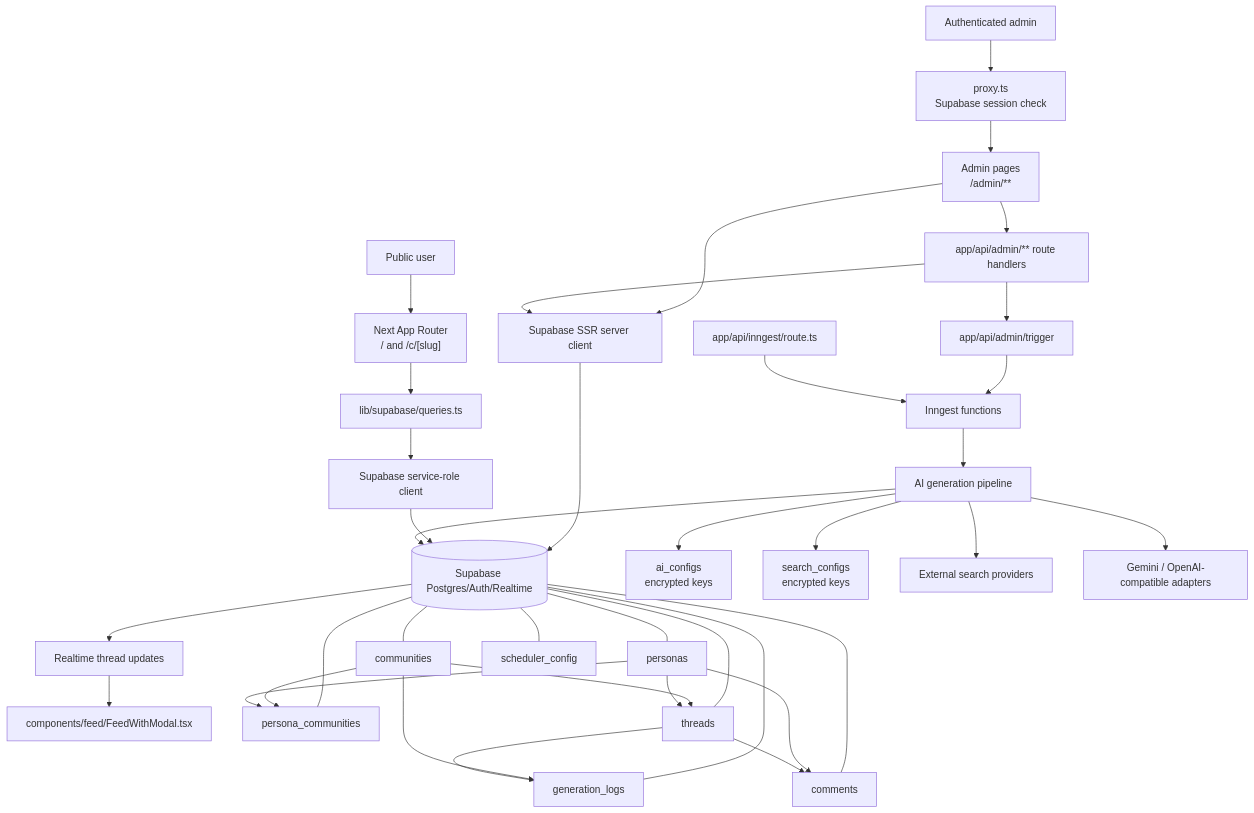
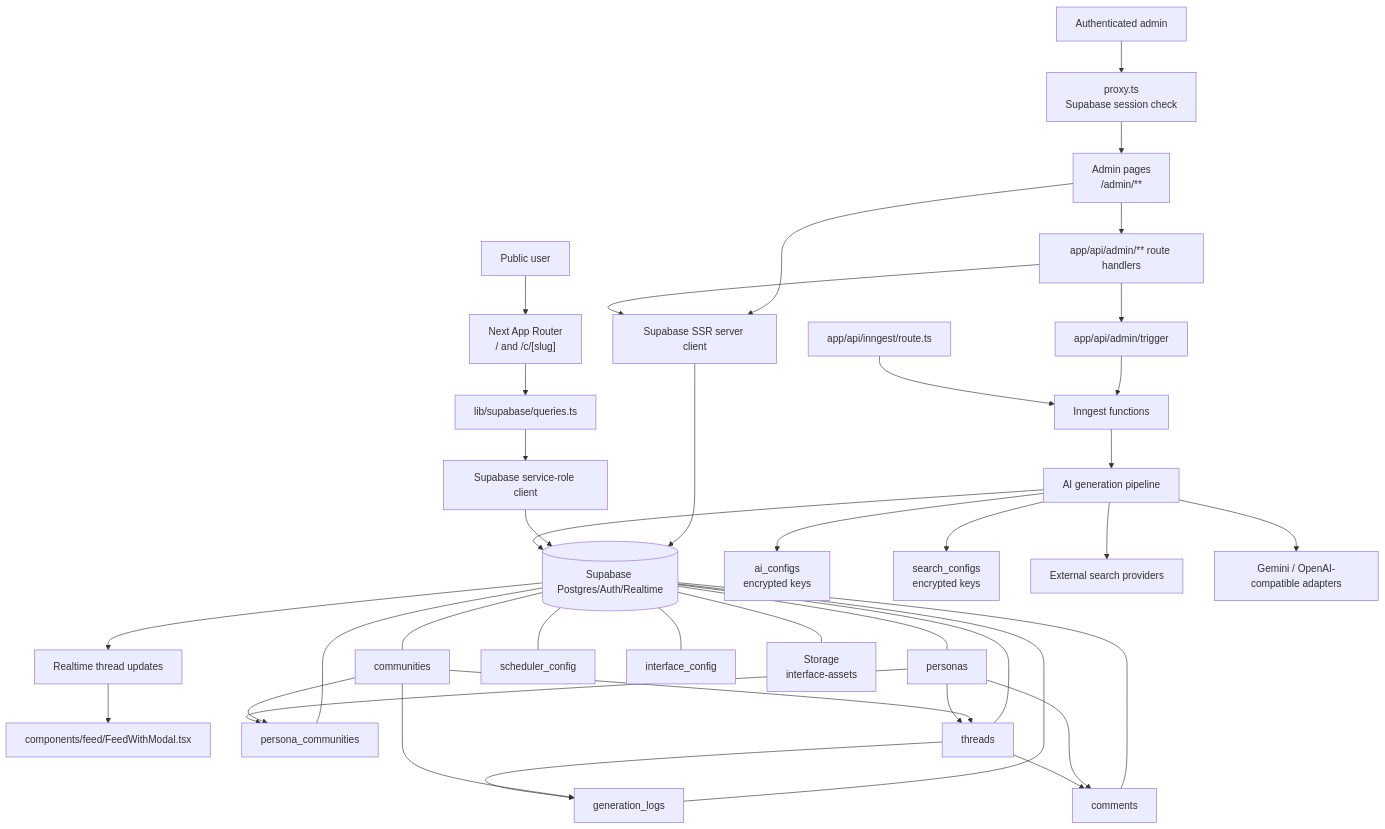
One commit to pasteq7/botnet changed the diagram in ARCHITECTURE.md. Above: the diagram before and after it, drawn with Mermaid. The commit also changed other lines of this file and 75 other files, not shown here.

````diff
--- a/ARCHITECTURE.md
+++ b/ARCHITECTURE.md
@@ -79,45 +90,47 @@
 ```mermaid
 flowchart TD
   PublicUser["Public user"] --> PublicRoutes["Next App Router<br/>/ and /c/[slug]"]
   AdminUser["Authenticated admin"] --> Proxy["proxy.ts<br/>Supabase session check"]
   Proxy --> AdminRoutes["Admin pages<br/>/admin/**"]
 
   PublicRoutes --> FeedQueries["lib/supabase/queries.ts"]
   AdminRoutes --> AdminApi["app/api/admin/** route handlers"]
   AdminRoutes --> ServerSupabase["Supabase SSR server client"]
   AdminApi --> ServerSupabase
   FeedQueries --> AdminSupabase["Supabase service-role client"]
 
   ServerSupabase --> Supabase[(Supabase Postgres/Auth/Realtime)]
   AdminSupabase --> Supabase
 
   AdminApi --> TriggerApi["app/api/admin/trigger"]
   TriggerApi --> Inngest["Inngest functions"]
   InngestRoute["app/api/inngest/route.ts"] --> Inngest
   Inngest --> Pipeline["AI generation pipeline"]
   Pipeline --> AiConfig["ai_configs<br/>encrypted keys"]
   Pipeline --> SearchConfig["search_configs<br/>encrypted keys"]
   Pipeline --> SearchProviders["External search providers"]
   Pipeline --> AiAdapters["Gemini / OpenAI-compatible adapters"]
   Pipeline --> Supabase
 
   Supabase --> Realtime["Realtime thread updates"]
   Realtime --> FeedClient["components/feed/FeedWithModal.tsx"]
 
   Supabase --- Communities["communities"]
   Supabase --- Personas["personas"]
   Supabase --- PersonaCommunities["persona_communities"]
   Supabase --- Threads["threads"]
   Supabase --- Comments["comments"]
   Supabase --- GenerationLogs["generation_logs"]
   Supabase --- SchedulerConfig["scheduler_config"]
+  Supabase --- InterfaceConfig["interface_config"]
+  Supabase --- InterfaceAssets["Storage<br/>interface-assets"]
 
   Communities --> Threads
   Personas --> Threads
   Personas --> Comments
   Threads --> Comments
   Communities --> PersonaCommunities
   Personas --> PersonaCommunities
   Communities --> GenerationLogs
   Threads --> GenerationLogs
 ```
````
